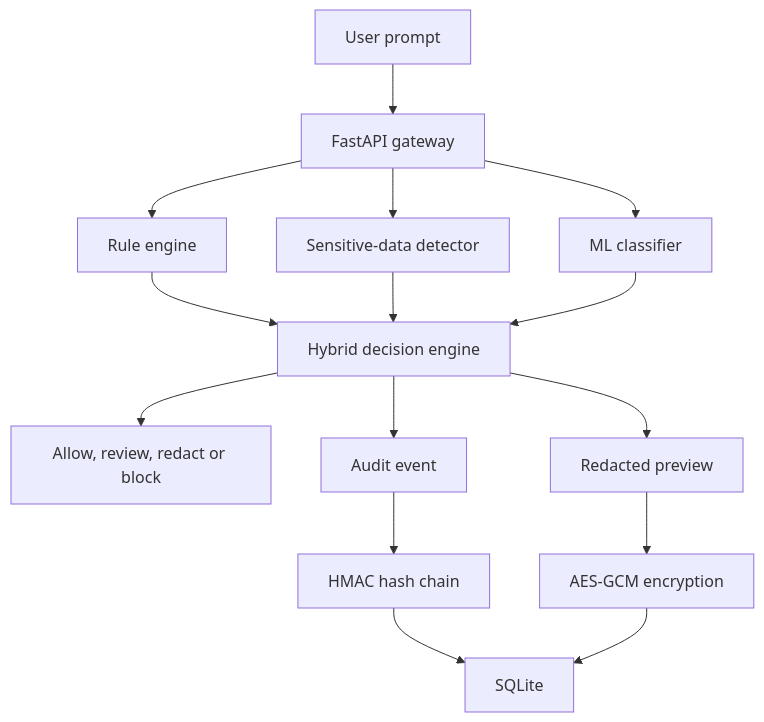
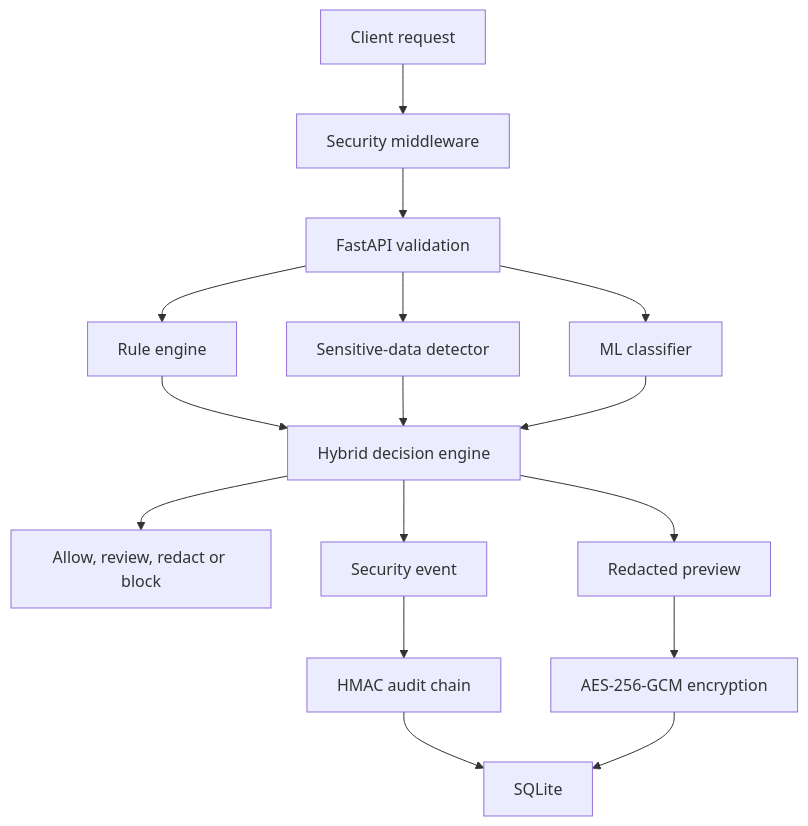
The diagram in README.md (sreemanbondada-sudo/PromptShield), drawn with Mermaid before and after one commit. The commit also changed other lines of this file and 1 other file, not shown here.

Commit message:
docs: update project status and architecture

````diff
--- a/README.md
+++ b/README.md
@@ -133,17 +172,18 @@
 ```mermaid
 flowchart TD
-    A[User prompt] --> B[FastAPI gateway]
-    B --> C[Rule engine]
-    B --> D[Sensitive-data detector]
-    B --> E[ML classifier]
-    C --> F[Hybrid decision engine]
-    D --> F
-    E --> F
-    F --> G[Allow, review, redact or block]
-    F --> H[Audit event]
-    H --> I[HMAC hash chain]
-    F --> J[Redacted preview]
-    J --> K[AES-GCM encryption]
-    I --> L[SQLite]
-    K --> L
+    A[Client request] --> B[Security middleware]
+    B --> C[FastAPI validation]
+    C --> D[Rule engine]
+    C --> E[Sensitive-data detector]
+    C --> F[ML classifier]
+    D --> G[Hybrid decision engine]
+    E --> G
+    F --> G
+    G --> H[Allow, review, redact or block]
+    G --> I[Security event]
+    I --> J[HMAC audit chain]
+    G --> K[Redacted preview]
+    K --> L[AES-256-GCM encryption]
+    J --> M[SQLite]
+    L --> M
 ```
````
